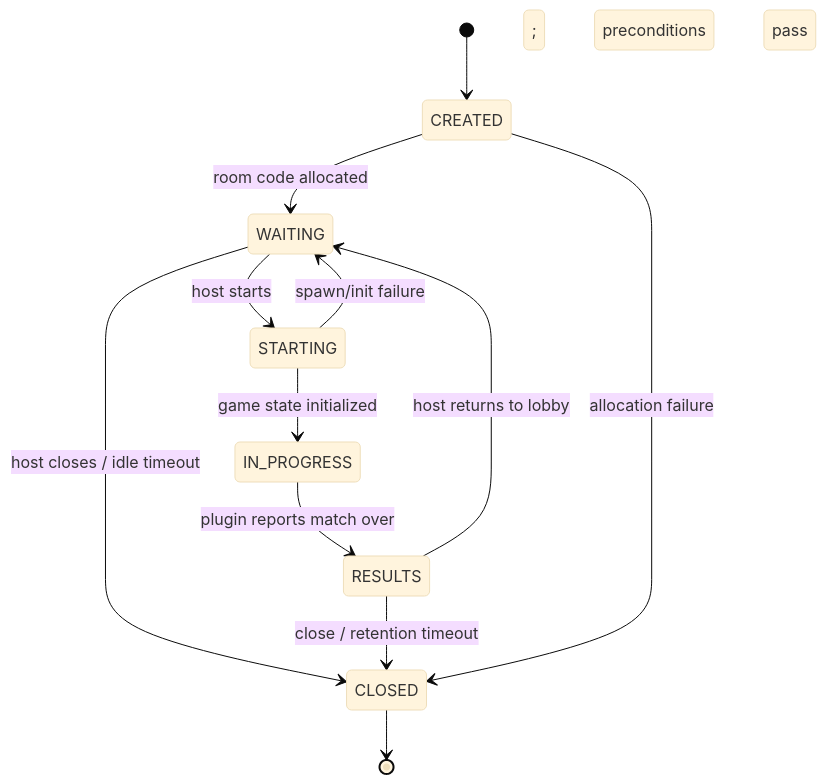
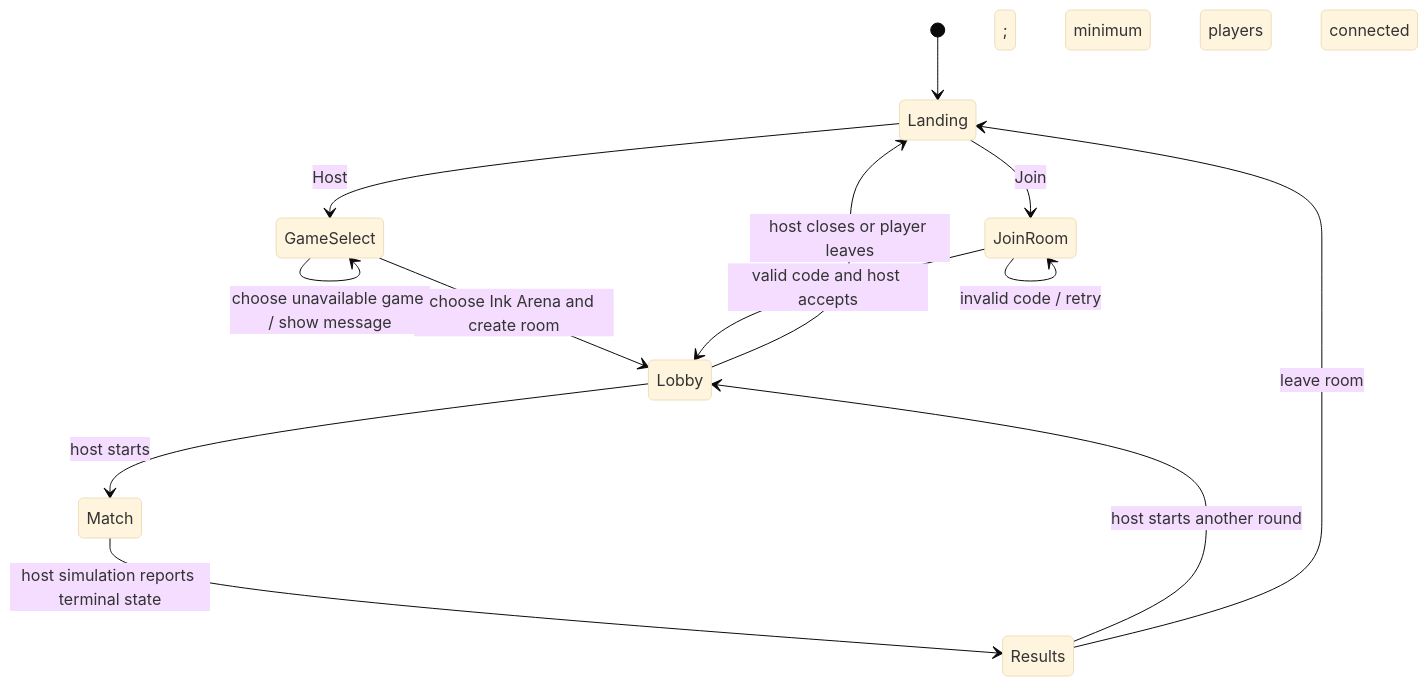
Before and after one commit to Hrishabh7664/lanG: the second of 2 diagrams in ARCHITECTURE.md, drawn with Mermaid (base theme). The commit also changed other lines of this file and 21 other files, not shown here.

````diff
--- a/ARCHITECTURE.md
+++ b/ARCHITECTURE.md
@@ -151,14 +107,15 @@
 ```mermaid
 stateDiagram-v2
-  [*] --> CREATED
-  CREATED --> WAITING: room code allocated
-  WAITING --> STARTING: host starts; preconditions pass
-  STARTING --> IN_PROGRESS: game state initialized
-  STARTING --> WAITING: spawn/init failure
-  IN_PROGRESS --> RESULTS: plugin reports match over
-  RESULTS --> WAITING: host returns to lobby
-  WAITING --> CLOSED: host closes / idle timeout
-  RESULTS --> CLOSED: close / retention timeout
-  CREATED --> CLOSED: allocation failure
-  CLOSED --> [*]
+  [*] --> Landing
+  Landing --> GameSelect: Host
+  Landing --> JoinRoom: Join
+  GameSelect --> Lobby: choose Ink Arena and create room
+  GameSelect --> GameSelect: choose unavailable game / show message
+  JoinRoom --> Lobby: valid code and host accepts
+  JoinRoom --> JoinRoom: invalid code / retry
+  Lobby --> Match: host starts; minimum players connected
+  Lobby --> Landing: host closes or player leaves
+  Match --> Results: host simulation reports terminal state
+  Results --> Lobby: host starts another round
+  Results --> Landing: leave room
 ```
````
